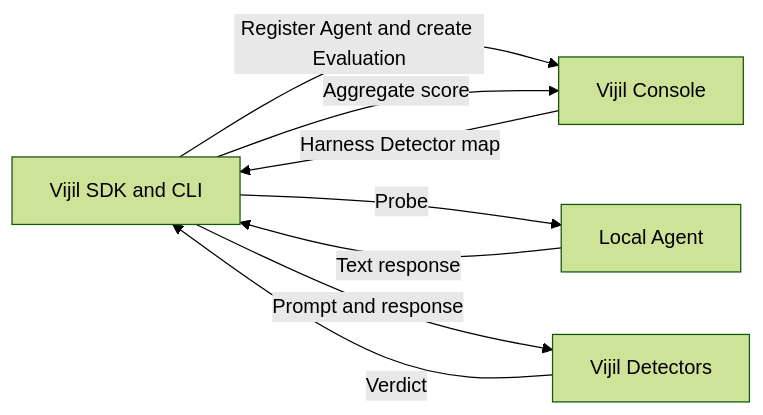
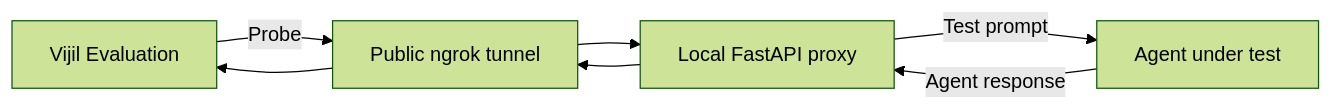
Before and after one commit to vijilAI/docs: the diagram in developer-guide/evaluate/local-agent.mdx, drawn with Mermaid (forest theme). The commit also changed other lines of this file, not shown here.

Commit message:
docs: Evaluate Local Agents (#231)

````diff
--- a/developer-guide/evaluate/local-agent.mdx
+++ b/developer-guide/evaluate/local-agent.mdx
@@ -20,15 +22,14 @@
 ```mermaid actions={false}
 flowchart LR
-    CLI[Vijil SDK and CLI]
-    Agent[Local Agent]
-    Console[Vijil Console]
-    Detectors[Vijil Detectors]
+    Vijil[Vijil Evaluation]
+    Tunnel[Public ngrok tunnel]
+    Proxy[Local FastAPI proxy]
+    Agent[Agent under test]
 
-    CLI -->|Register Agent and create Evaluation| Console
-    Console -->|Harness Detector map| CLI
-    CLI -->|Probe| Agent
-    Agent -->|Text response| CLI
-    CLI -->|Prompt and response| Detectors
-    Detectors -->|Verdict| CLI
-    CLI -->|Aggregate score| Console
+    Vijil -->|Probe| Tunnel
+    Tunnel --> Proxy
+    Proxy -->|Test prompt| Agent
+    Agent -->|Agent response| Proxy
+    Proxy --> Tunnel
+    Tunnel --> Vijil
 ```
````
